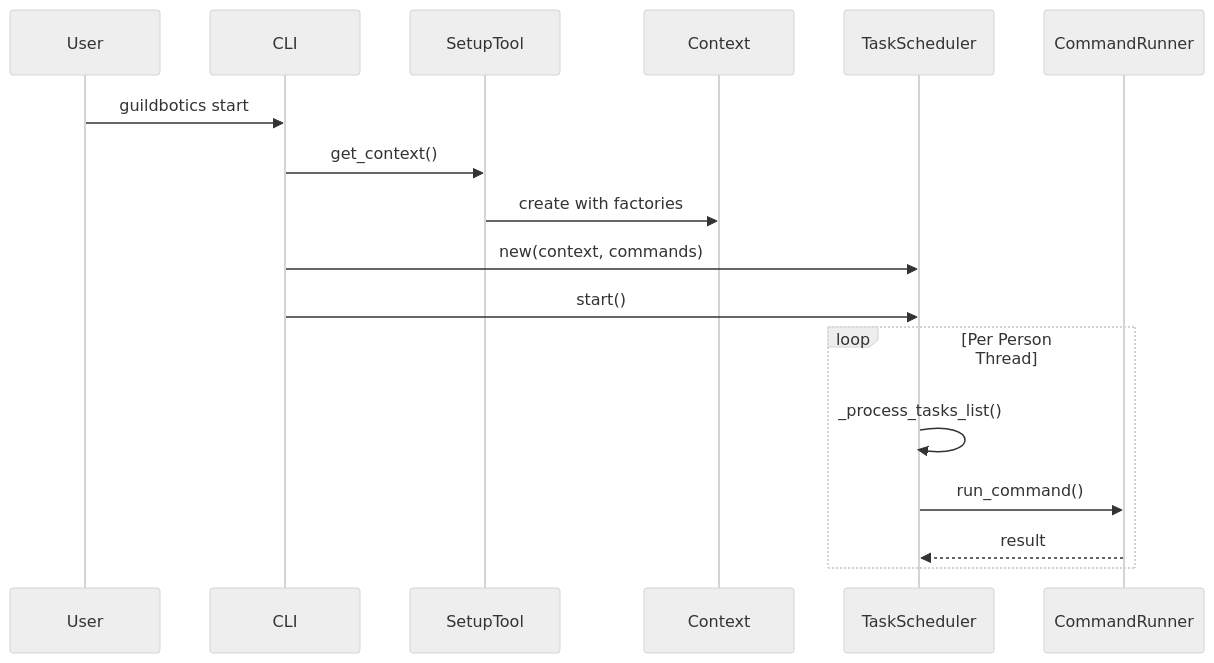
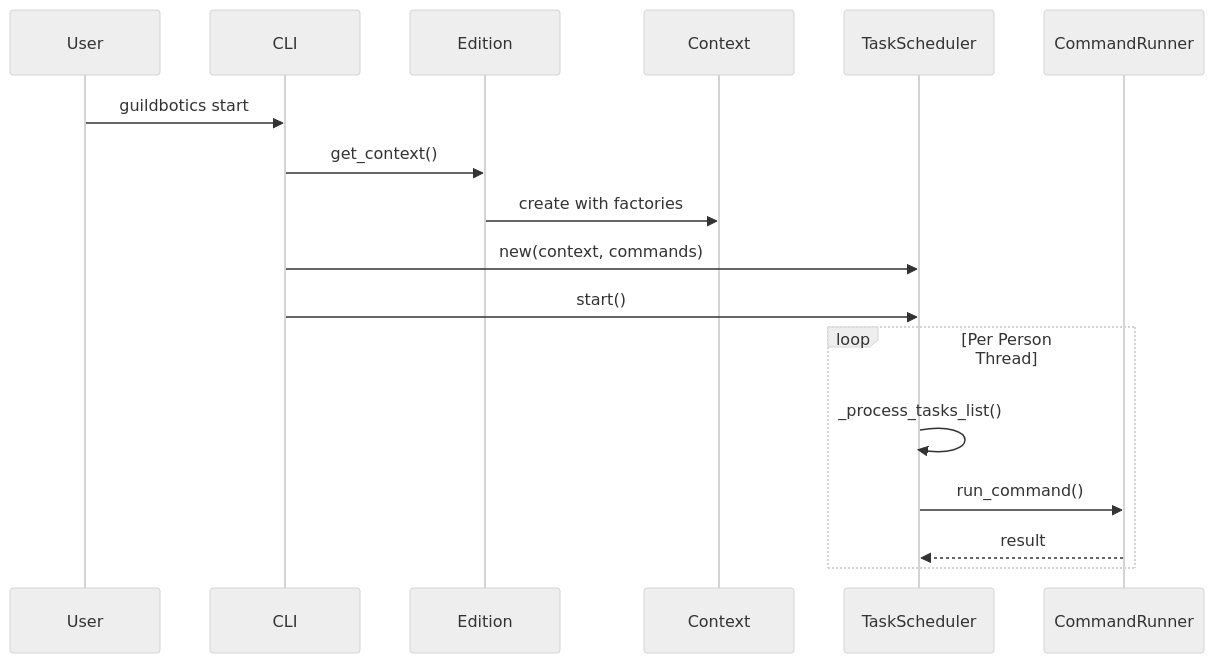
The first of 3 diagrams in docs/ARCHITECTURE.md (GuildBotics/GuildBotics), drawn with Mermaid (neutral theme) before and after one commit. The commit also changed other lines of this file and 204 other files, not shown here.

````diff
--- a/docs/ARCHITECTURE.md
+++ b/docs/ARCHITECTURE.md
@@ -240,21 +279,21 @@
 ```mermaid
 sequenceDiagram
     participant User
     participant CLI
-    participant SetupTool
+    participant Edition
     participant Context
     participant TaskScheduler
     participant CommandRunner
 
     User->>CLI: guildbotics start
-    CLI->>SetupTool: get_context()
-    SetupTool->>Context: create with factories
+    CLI->>Edition: get_context()
+    Edition->>Context: create with factories
     CLI->>TaskScheduler: new(context, commands)
     CLI->>TaskScheduler: start()
 
     loop Per Person Thread
         TaskScheduler->>TaskScheduler: _process_tasks_list()
         TaskScheduler->>CommandRunner: run_command()
         CommandRunner-->>TaskScheduler: result
     end
 ```
````
